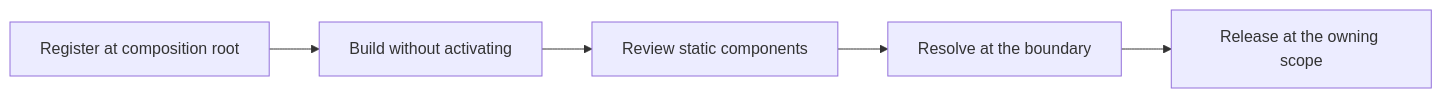
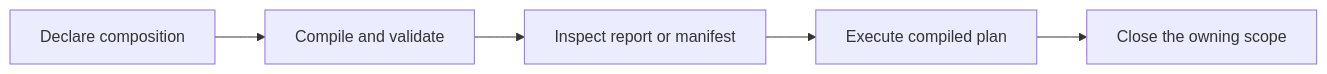
Before and after one commit to peter-daly/clean_ioc: the diagram in docs/why-clean-ioc.md, drawn with Mermaid. The commit also changed other lines of this file and 20 other files, not shown here.

````diff
--- a/docs/why-clean-ioc.md
+++ b/docs/why-clean-ioc.md
@@ -61,9 +64,9 @@
 ```mermaid
 flowchart LR
-    register["Register at composition root"]
-    validate["Build without activating"]
-    explain["Review static components"]
-    resolve["Resolve at the boundary"]
-    cleanup["Release at the owning scope"]
-    register --> validate --> explain --> resolve --> cleanup
+    declare["Declare composition"]
+    compile["Compile and validate"]
+    inspect["Inspect report or manifest"]
+    resolve["Execute compiled plan"]
+    cleanup["Close the owning scope"]
+    declare --> compile --> inspect --> resolve --> cleanup
 ```
````
